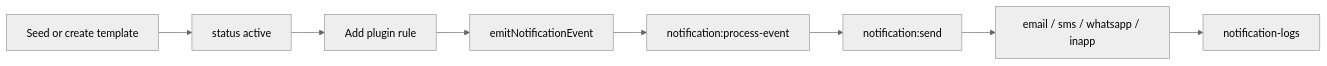
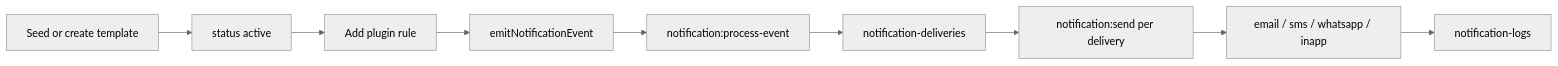
Before and after one commit to w3panel/payload-notifications: the diagram in docs/end-to-end.md, drawn with Mermaid (neutral theme). The commit also changed other lines of this file and 52 other files, not shown here.

````diff
--- a/docs/end-to-end.md
+++ b/docs/end-to-end.md
@@ -5,10 +5,11 @@
 ```mermaid
 flowchart LR
   seed[Seed or create template] --> activate[status active]
   activate --> rule[Add plugin rule]
   rule --> emit[emitNotificationEvent]
   emit --> process[notification:process-event]
-  process --> send[notification:send]
+  process --> deliveries[notification-deliveries]
+  deliveries --> send[notification:send per delivery]
   send --> channel[email / sms / whatsapp / inapp]
   channel --> logs[notification-logs]
 ```
````
